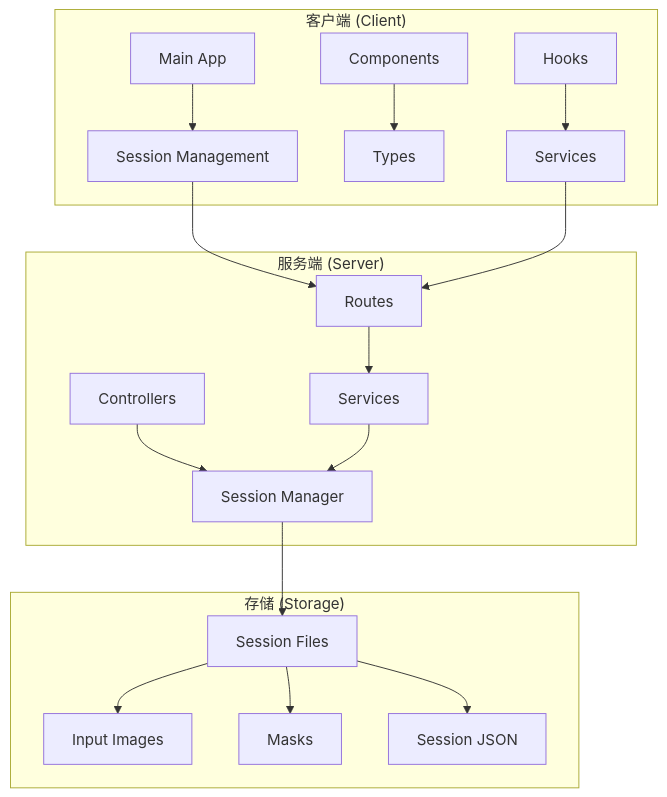
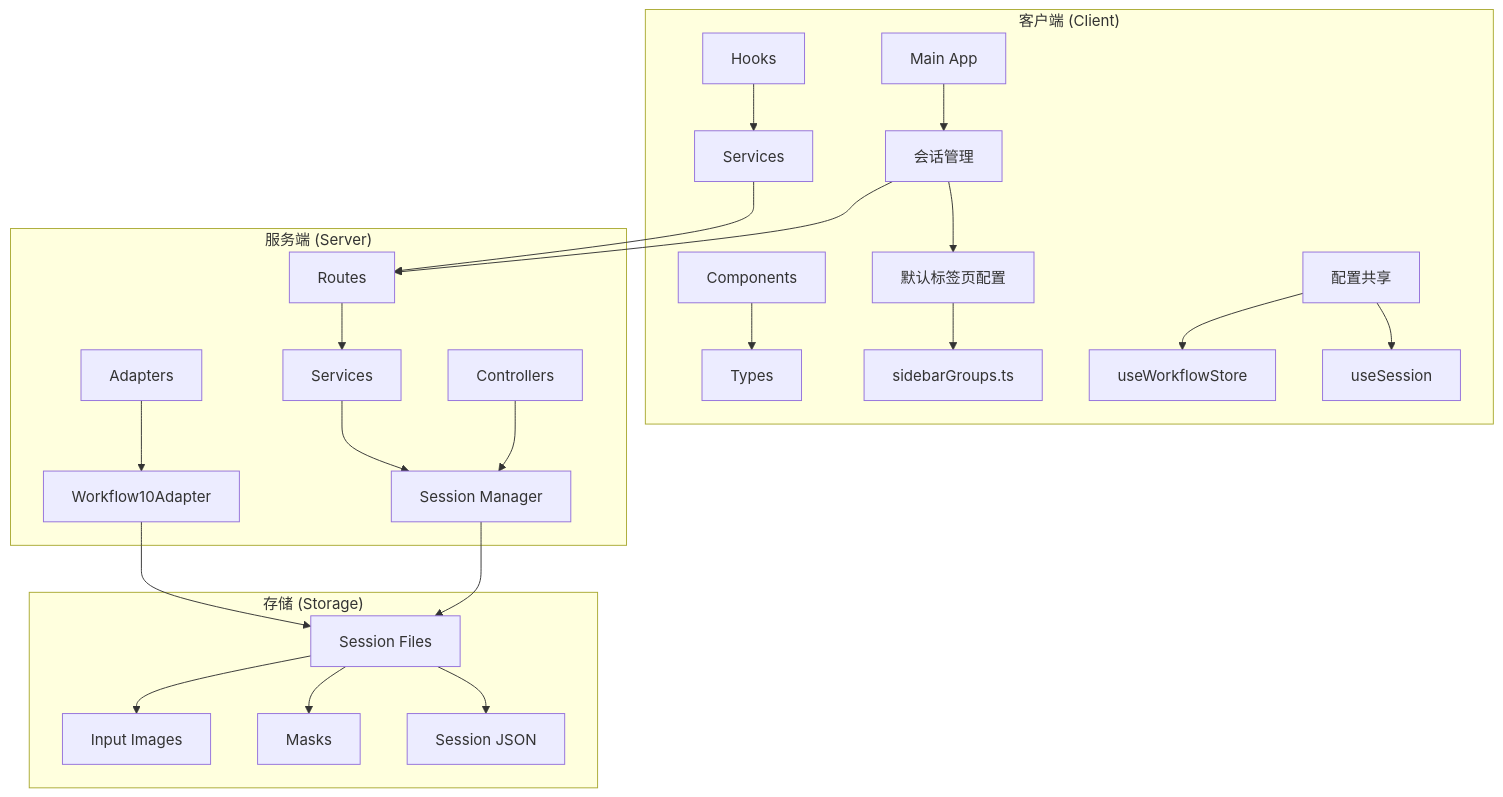
Before and after one commit to billye220670/CorineKit_Pix2Real: the first of 7 diagrams in .qoder/repowiki/zh/content/前端应用/状态管理系统/会话状态管理.md, drawn with Mermaid. The commit also changed other lines of this file and 21 other files, not shown here.

````diff
--- a/.qoder/repowiki/zh/content/前端应用/状态管理系统/会话状态管理.md
+++ b/.qoder/repowiki/zh/content/前端应用/状态管理系统/会话状态管理.md
@@ -40,21 +52,27 @@
 ```mermaid
 graph TB
 subgraph "客户端 (Client)"
 A[Hooks] --> B[Services]
 C[Components] --> D[Types]
-E[Main App] --> F[Session Management]
+E[Main App] --> F[会话管理]
+F --> G[默认标签页配置]
+G --> H[sidebarGroups.ts]
+I[配置共享] --> J[useWorkflowStore]
+I --> K[useSession]
 end
 subgraph "服务端 (Server)"
-G[Routes] --> H[Services]
-I[Controllers] --> J[Session Manager]
+L[Routes] --> M[Services]
+N[Controllers] --> O[Session Manager]
+P[Adapters] --> Q[Workflow10Adapter]
 end
 subgraph "存储 (Storage)"
-K[Session Files] --> L[Input Images]
-K --> M[Masks]
-K --> N[Session JSON]
+R[Session Files] --> S[Input Images]
+R --> T[Masks]
+R --> U[Session JSON]
 end
-F --> G
-B --> G
-H --> J
-J --> K
+F --> L
+B --> L
+M --> O
+O --> R
+Q --> R
 ```
````
